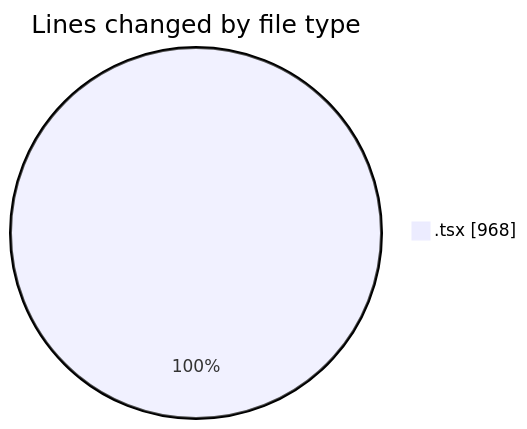
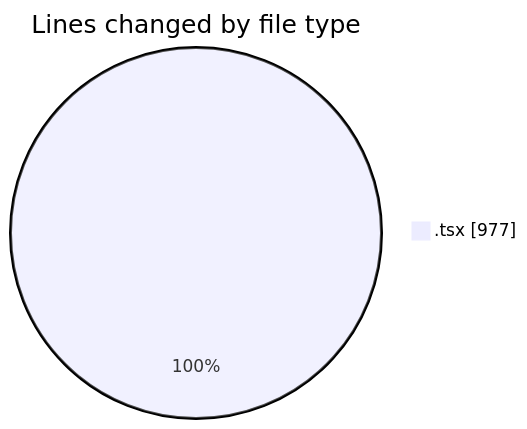
One commit to robertbonfada/code-tracking changed the first of 2 diagrams in 2025-03-11/mbc-web/README.md. Above: the diagram before and after it, drawn with Mermaid. The commit also changed other lines of this file and 1 other file, not shown here.

````diff
--- a/2025-03-11/mbc-web/README.md
+++ b/2025-03-11/mbc-web/README.md
@@ -23,5 +23,5 @@
 ```mermaid
 pie showData
 title Lines changed by file type
-".tsx" : 968
+".tsx" : 977
 ```
````
